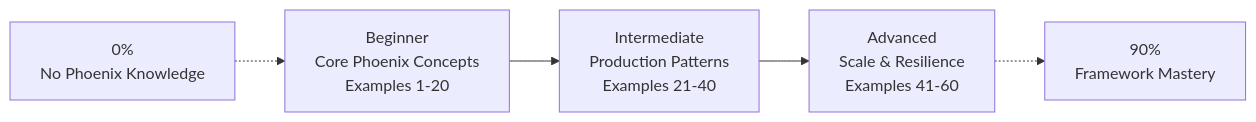
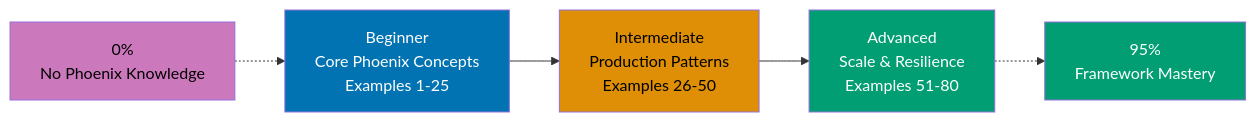
The diagram in apps/ayokoding-web/content/en/learn/software-engineering/platforms/web/elixir-phoenix/by-example/overview.md (wahidyankf/open-sharia-enterprise), drawn with Mermaid before and after one commit. The commit also changed other lines of this file and 30 other files, not shown here.

````diff
--- a/apps/ayokoding-web/content/en/learn/software-engineering/platforms/web/elixir-phoenix/by-example/overview.md
+++ b/apps/ayokoding-web/content/en/learn/software-engineering/platforms/web/elixir-phoenix/by-example/overview.md
@@ -43,7 +43,13 @@
 ```mermaid
 graph LR
-  A["Beginner<br/>Core Phoenix Concepts<br/>Examples 1-20"] --> B["Intermediate<br/>Production Patterns<br/>Examples 21-40"]
-  B --> C["Advanced<br/>Scale & Resilience<br/>Examples 41-60"]
+  A["Beginner<br/>Core Phoenix Concepts<br/>Examples 1-25"] --> B["Intermediate<br/>Production Patterns<br/>Examples 26-50"]
+  B --> C["Advanced<br/>Scale & Resilience<br/>Examples 51-80"]
   D["0%<br/>No Phoenix Knowledge"] -.-> A
-  C -.-> E["90%<br/>Framework Mastery"]
+  C -.-> E["95%<br/>Framework Mastery"]
+
+  style A fill:#0173B2,color:#fff
+  style B fill:#DE8F05,color:#000
+  style C fill:#029E73,color:#fff
+  style D fill:#CC78BC,color:#000
+  style E fill:#029E73,color:#fff
 ```
````
